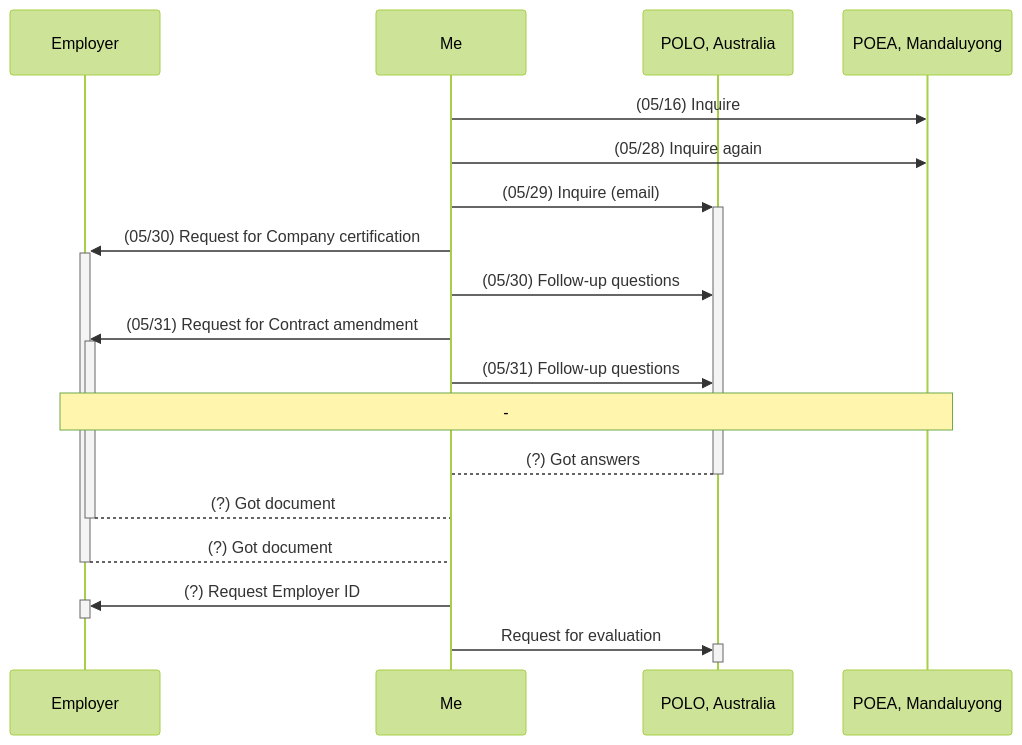
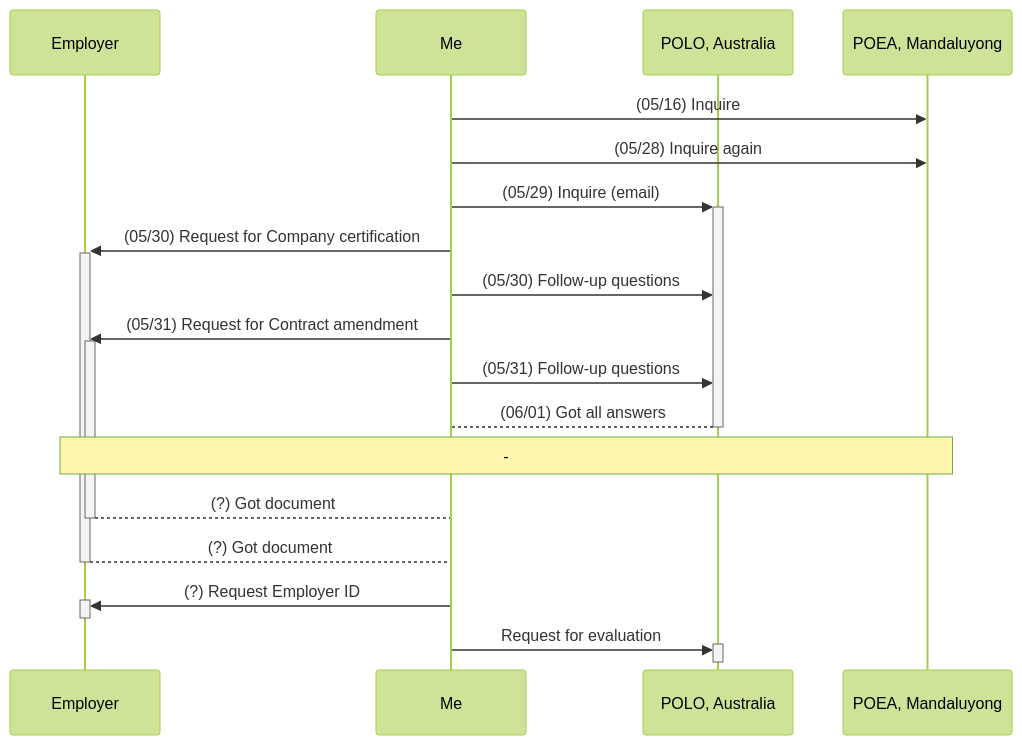
Before and after one commit to rstacruz/oec-guide: the diagram in docs/rico_timeline.md, drawn with Mermaid (forest theme). The commit also changed 4 other files, not shown here.

````diff
--- a/docs/rico_timeline.md
+++ b/docs/rico_timeline.md
@@ -14,26 +14,26 @@
 ```mermaid
 sequenceDiagram
 participant Employer
 participant Me
 participant POLO as POLO, Australia
 participant POEA as POEA, Mandaluyong
 
 Me->>POEA: (05/16) Inquire
 Me->>POEA: (05/28) Inquire again
 Me->>+POLO: (05/29) Inquire (email)
 Me->>+Employer: (05/30) Request for Company certification
 Me->>POLO: (05/30) Follow-up questions
 Me->>+Employer: (05/31) Request for Contract amendment
 Me->>POLO: (05/31) Follow-up questions
+POLO-->-Me: (06/01) Got all answers
 
 Note over Employer,POEA: -
 
-POLO-->-Me: (?) Got answers
 Employer-->-Me: (?) Got document
 Employer-->-Me: (?) Got document
 
 Me->>+Employer: (?) Request Employer ID
 deactivate Employer
 Me->>+POLO: Request for evaluation
 deactivate POLO
 ```
````
